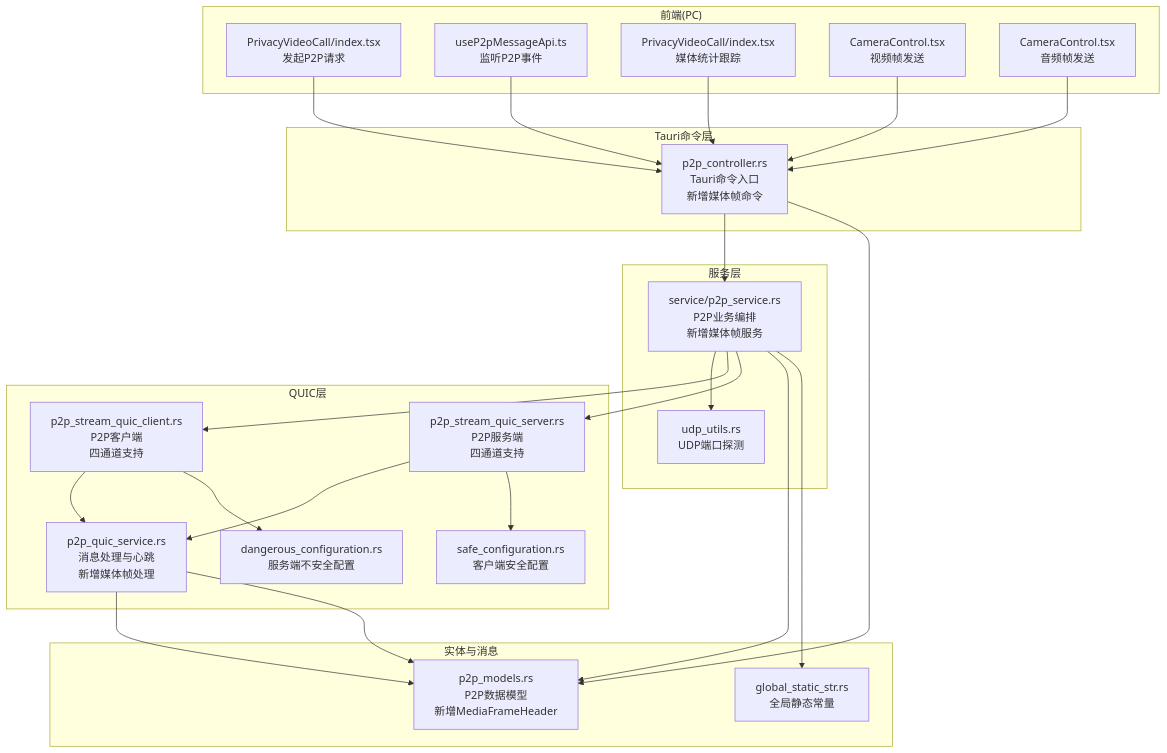
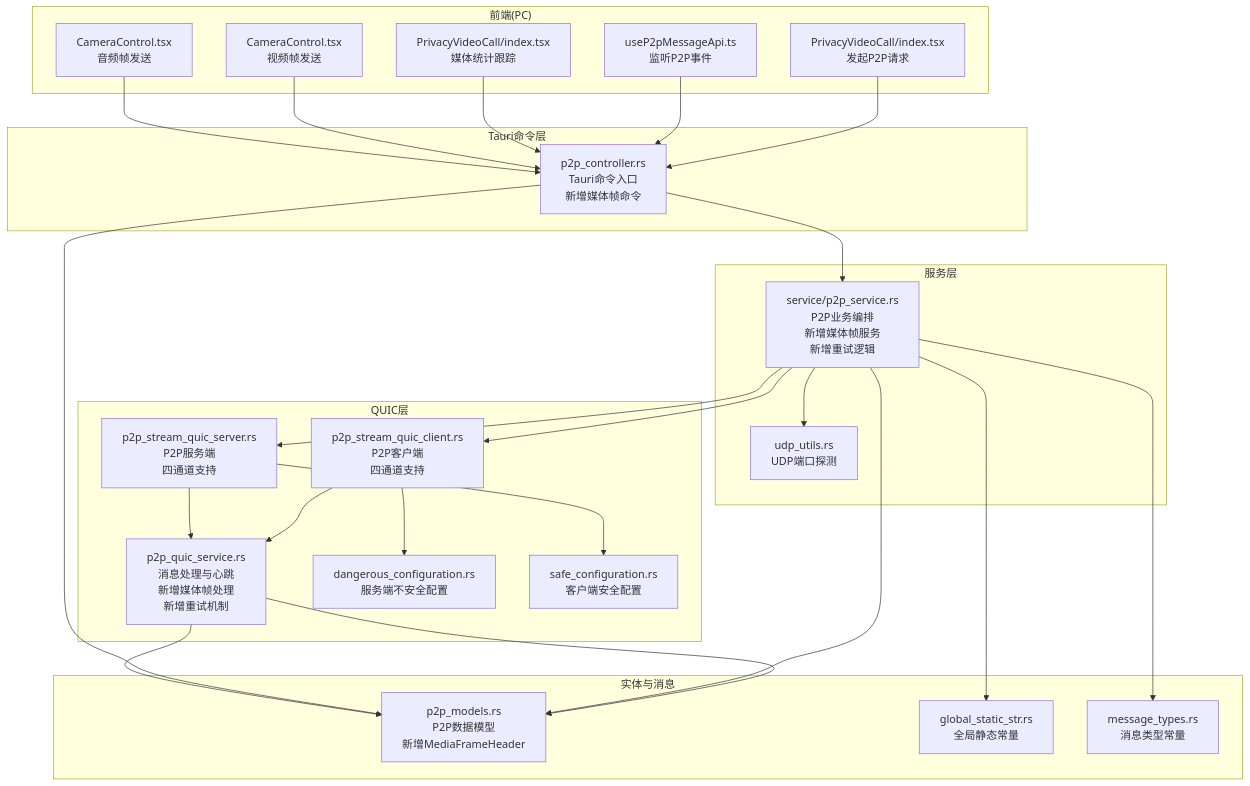
One commit to nicolastinger/only-talk-app changed the first of 18 diagrams in .qoder/repowiki/zh/content/后端服务/P2P服务.md. Above: the diagram before and after it, drawn with Mermaid. The commit also changed other lines of this file and 17 other files, not shown here.

````diff
--- a/.qoder/repowiki/zh/content/后端服务/P2P服务.md
+++ b/.qoder/repowiki/zh/content/后端服务/P2P服务.md
@@ -58,46 +63,48 @@
 ```mermaid
 graph TB
 subgraph "前端(PC)"
 FE_Init["PrivacyVideoCall/index.tsx<br/>发起P2P请求"]
 FE_Listen["useP2pMessageApi.ts<br/>监听P2P事件"]
 FE_MediaInfo["PrivacyVideoCall/index.tsx<br/>媒体统计跟踪"]
 FE_Video["CameraControl.tsx<br/>视频帧发送"]
 FE_Audio["CameraControl.tsx<br/>音频帧发送"]
 end
 subgraph "Tauri命令层"
 CMD["p2p_controller.rs<br/>Tauri命令入口<br/>新增媒体帧命令"]
 end
 subgraph "服务层"
-SVC["service/p2p_service.rs<br/>P2P业务编排<br/>新增媒体帧服务"]
+SVC["service/p2p_service.rs<br/>P2P业务编排<br/>新增媒体帧服务<br/>新增重试逻辑"]
 UDP["udp_utils.rs<br/>UDP端口探测"]
 end
 subgraph "QUIC层"
 CLI["p2p_stream_quic_client.rs<br/>P2P客户端<br/>四通道支持"]
 SRV["p2p_stream_quic_server.rs<br/>P2P服务端<br/>四通道支持"]
-CORE["p2p_quic_service.rs<br/>消息处理与心跳<br/>新增媒体帧处理"]
+CORE["p2p_quic_service.rs<br/>消息处理与心跳<br/>新增媒体帧处理<br/>新增重试机制"]
 CFG_D["dangerous_configuration.rs<br/>服务端不安全配置"]
 CFG_S["safe_configuration.rs<br/>客户端安全配置"]
 end
 subgraph "实体与消息"
 MODELS["p2p_models.rs<br/>P2P数据模型<br/>新增MediaFrameHeader"]
 GLOB["global_static_str.rs<br/>全局静态常量"]
+MT["message_types.rs<br/>消息类型常量"]
 end
 FE_Init --> CMD
 FE_Listen --> CMD
 FE_MediaInfo --> CMD
 FE_Video --> CMD
 FE_Audio --> CMD
 CMD --> SVC
 SVC --> UDP
 SVC --> CLI
 SVC --> SRV
 CLI --> CORE
 SRV --> CORE
 CORE --> MODELS
 SVC --> MODELS
 CMD --> MODELS
 CLI --> CFG_D
 SRV --> CFG_S
 CORE --> MODELS
 SVC --> GLOB
+SVC --> MT
 ```
````
